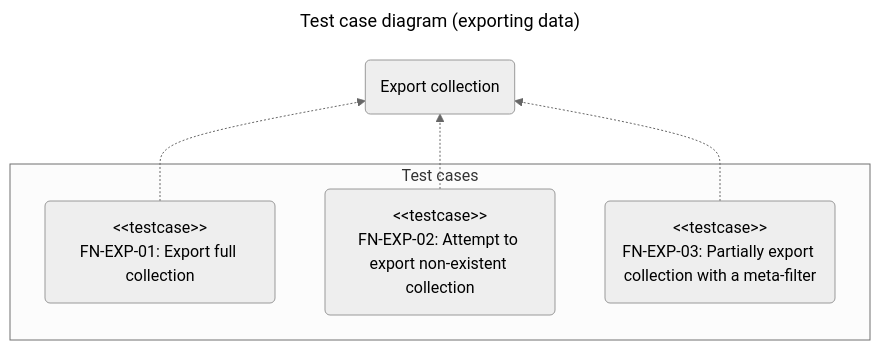
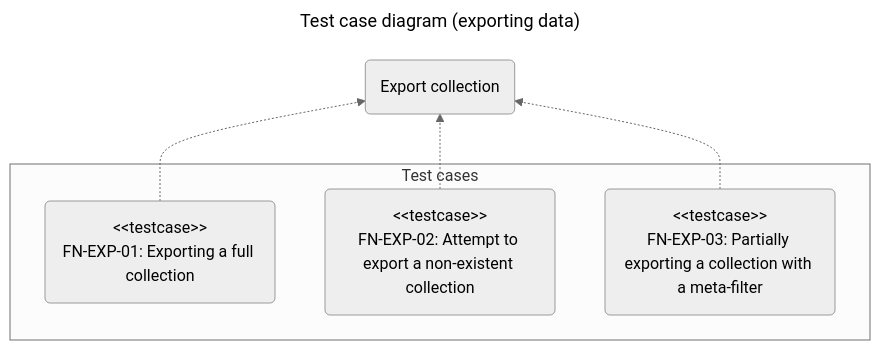
The second of 8 diagrams in docs/spec/tests/functional.en.md (chromiodev/chromie-tool), drawn with Mermaid (neutral theme) before and after one commit. The commit also changed other lines of this file and 5 other files, not shown here.

````diff
--- a/docs/spec/tests/functional.en.md
+++ b/docs/spec/tests/functional.en.md
@@ -135,20 +135,20 @@
 ```mermaid
 ---
 title: Test case diagram (exporting data)
 config:
 ---
 
 graph BT
   %% use cases
   exportColl@{ shape: "rounded", label: "Export collection" }
 
   subgraph "Test cases"
-    exportFullColl@{ shape: "rounded", label: "#lt;#lt;testcase>><br>FN-EXP-01: Export full collection" }
-    exportNonExistingColl@{ shape: "rounded", label: "#lt;#lt;testcase>><br>FN-EXP-02: Attempt to export non-existent collection" }
-    exportCollPartiallyWithMetafilter@{ shape: "rounded", label: "#lt;#lt;testcase>><br>FN-EXP-03: Partially export collection with a meta-filter" }
+    exportFullColl@{ shape: "rounded", label: "#lt;#lt;testcase>><br>FN-EXP-01: Exporting a full collection" }
+    exportNonExistingColl@{ shape: "rounded", label: "#lt;#lt;testcase>><br>FN-EXP-02: Attempt to export a non-existent collection" }
+    exportCollPartiallyWithMetafilter@{ shape: "rounded", label: "#lt;#lt;testcase>><br>FN-EXP-03: Partially exporting a collection with a meta-filter" }
   end
 
   exportFullColl -.-> exportColl
   exportNonExistingColl -.-> exportColl
   exportCollPartiallyWithMetafilter -.-> exportColl
 ```
````
